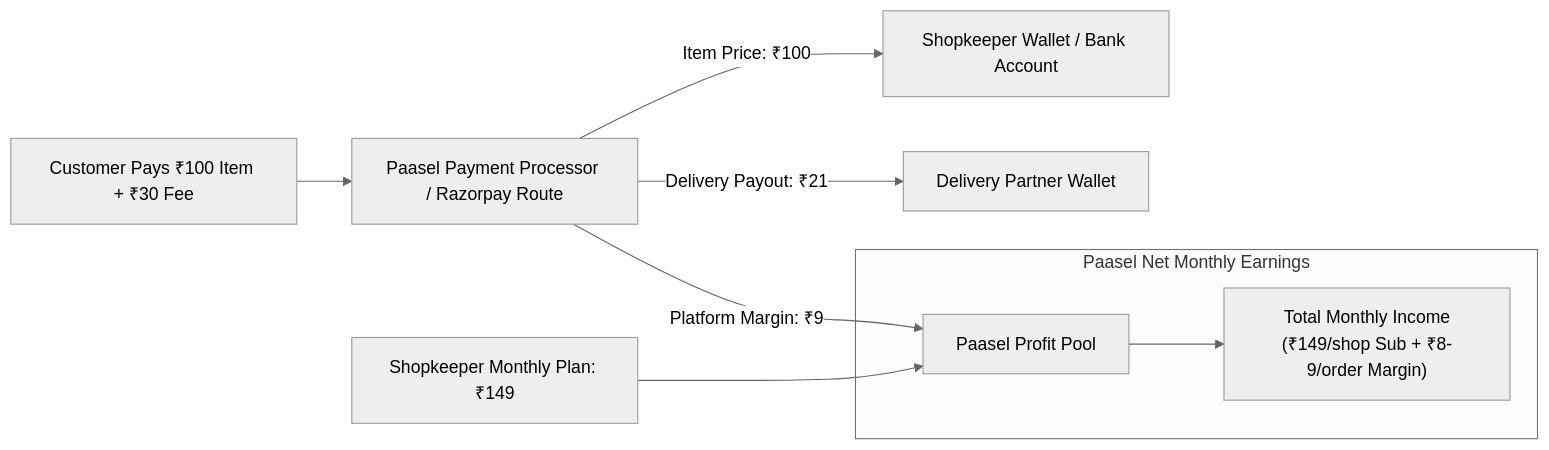
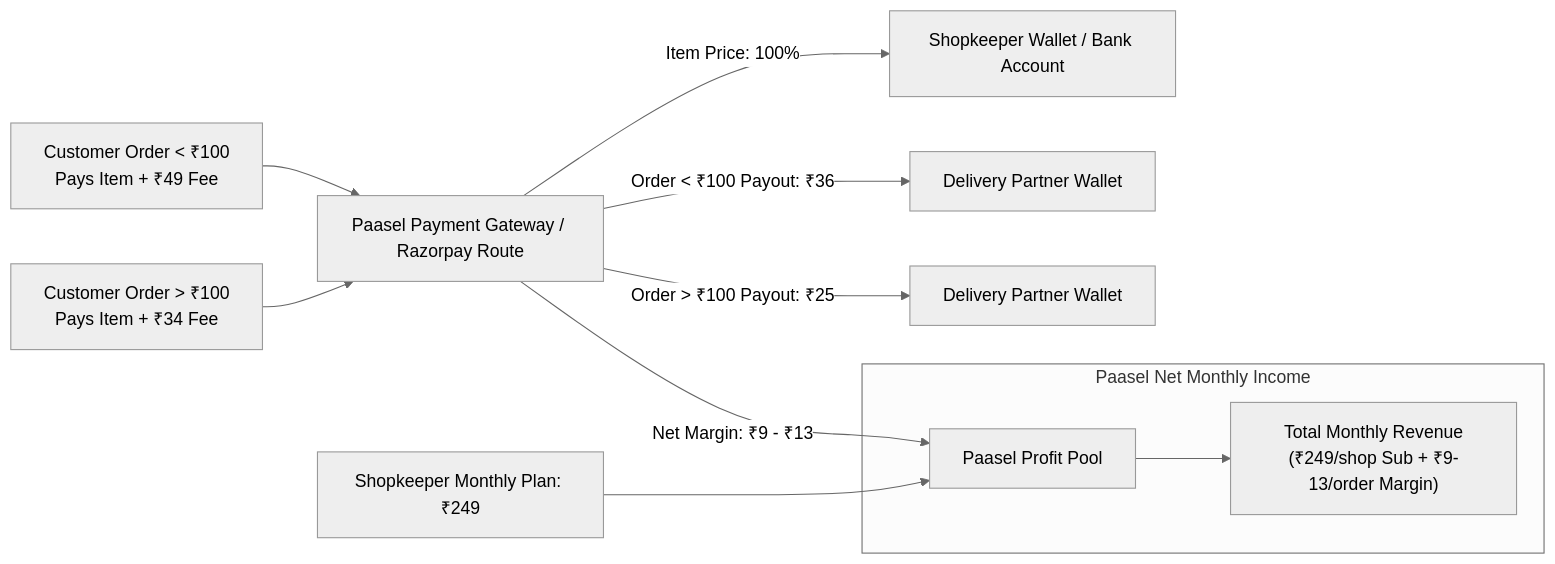
The third of 3 diagrams in PAASEL_PROJECT_OVERVIEW.md (amangovindrao/passel), drawn with Mermaid (neutral theme) before and after one commit. The commit also changed other lines of this file and 1 other file, not shown here.

Commit message:
docs: update business model with ₹249 shop fee, tiered delivery fees & parallel batching

````diff
--- a/PAASEL_PROJECT_OVERVIEW.md
+++ b/PAASEL_PROJECT_OVERVIEW.md
@@ -193,14 +203,16 @@
 ```mermaid
 graph LR
-    C[Customer Pays ₹100 Item + ₹30 Fee] --> P[Paasel Payment Processor / Razorpay Route]
+    C1[Customer Order < ₹100<br/>Pays Item + ₹49 Fee] --> P[Paasel Payment Gateway / Razorpay Route]
+    C2[Customer Order > ₹100<br/>Pays Item + ₹34 Fee] --> P
     
-    P -->|Item Price: ₹100| S[Shopkeeper Wallet / Bank Account]
-    P -->|Delivery Payout: ₹21| D[Delivery Partner Wallet]
-    P -->|Platform Margin: ₹9| Profit[Paasel Profit Pool]
+    P -->|Item Price: 100%| S[Shopkeeper Wallet / Bank Account]
+    P -->|Order < ₹100 Payout: ₹36| D1[Delivery Partner Wallet]
+    P -->|Order > ₹100 Payout: ₹25| D2[Delivery Partner Wallet]
+    P -->|Net Margin: ₹9 - ₹13| Profit[Paasel Profit Pool]
 
-    ShopSub[Shopkeeper Monthly Plan: ₹149] --> Profit
+    ShopSub[Shopkeeper Monthly Plan: ₹249] --> Profit
 
-    subgraph Paasel Net Monthly Earnings
-        Profit --> TotalEarnings["Total Monthly Income<br/>(₹149/shop Sub + ₹8-9/order Margin)"]
+    subgraph Paasel Net Monthly Income
+        Profit --> TotalEarnings["Total Monthly Revenue<br/>(₹249/shop Sub + ₹9-13/order Margin)"]
     end
 ```
````
